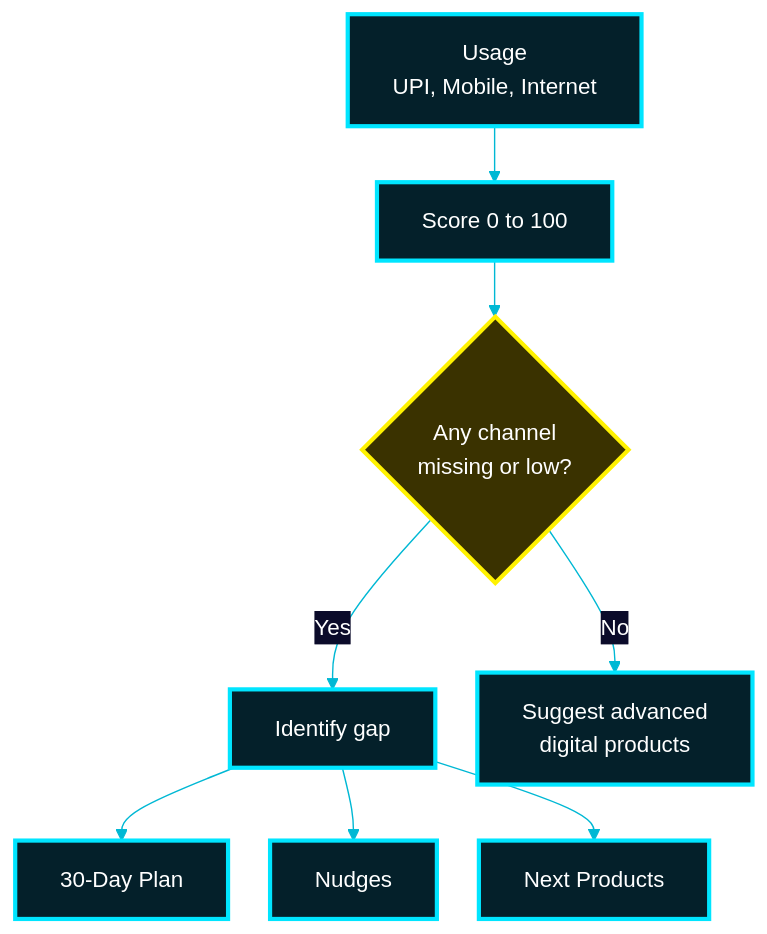
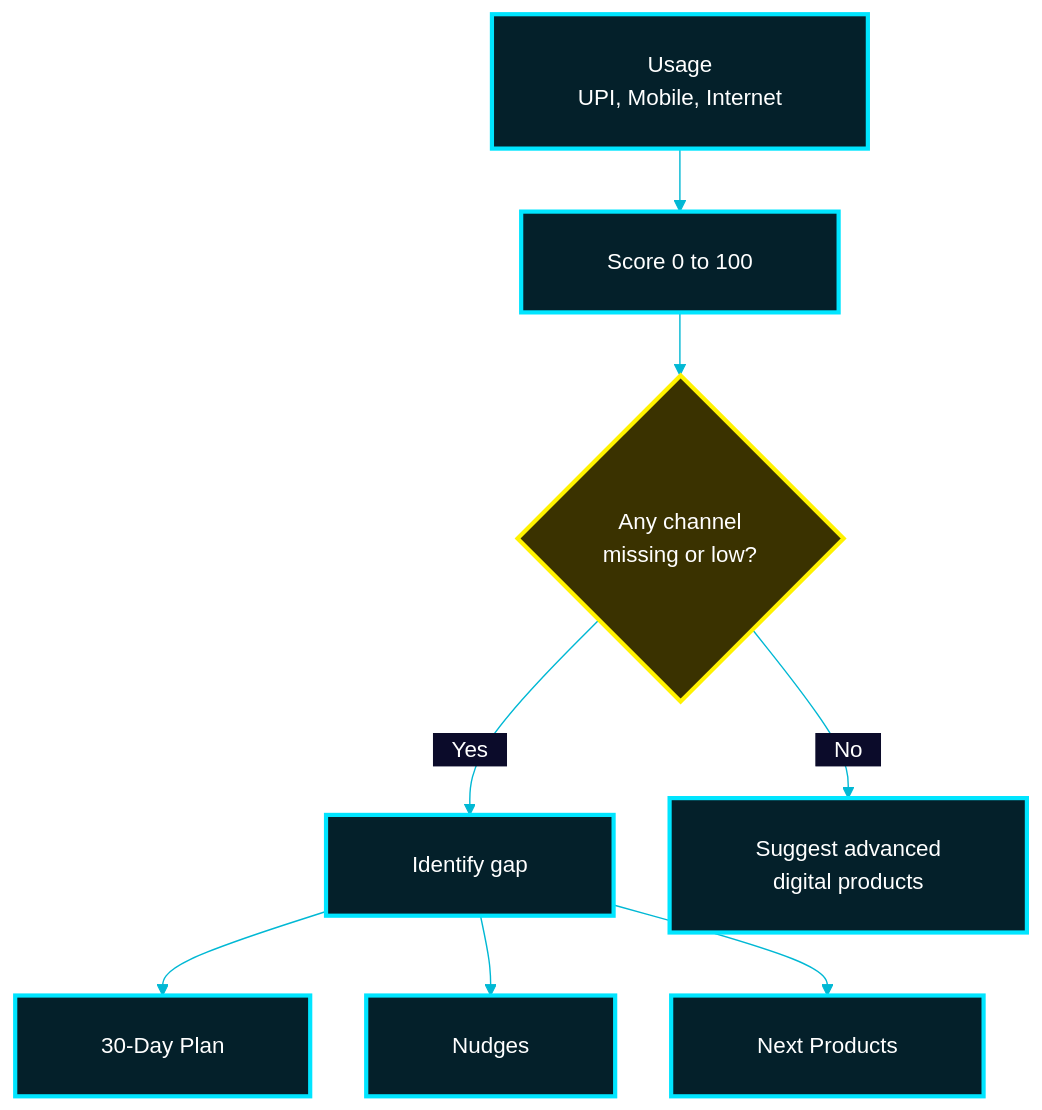
Before and after one commit to Mansi232323/MANSHORA: diagram 12 of 17 in README.md, drawn with Mermaid. The commit also changed other lines of this file, not shown here.

````diff
--- a/README.md
+++ b/README.md
@@ -434,15 +433,15 @@
 ```mermaid
-%%{init: {'theme':'base','themeVariables':{'fontSize':'16px','fontFamily':'Arial, Helvetica, sans-serif','primaryColor':'#0b0b2a','primaryTextColor':'#ffffff','primaryBorderColor':'#b026ff','lineColor':'#00b8d4','textColor':'#ffffff','edgeLabelBackground':'#0b0b2a'},'flowchart':{'htmlLabels':true,'nodeSpacing':30,'rankSpacing':40,'padding':16,'curve':'basis','wrappingWidth':240,'useMaxWidth':true}}}%%
+%%{init: {'theme':'base','themeVariables':{'fontSize':'16px','primaryColor':'#0b0b2a','primaryTextColor':'#ffffff','primaryBorderColor':'#b026ff','lineColor':'#00b8d4','textColor':'#ffffff','edgeLabelBackground':'#0b0b2a'},'flowchart':{'htmlLabels':true,'nodeSpacing':40,'rankSpacing':45,'padding':24,'curve':'basis','wrappingWidth':400,'useMaxWidth':true}}}%%
 flowchart TD
-    U["Usage<br/>UPI, Mobile, Internet"] --> SC["Score 0 to 100"]
-    SC --> D{"Any channel<br/>missing or low?"}
-    D -- "Yes" --> GP["Identify gap"]
-    D -- "No" --> NX["Suggest advanced<br/>digital products"]
-    GP --> P["30-Day Plan"]
-    GP --> N["Nudges"]
-    GP --> X["Next Products"]
+    U["&nbsp;&nbsp;&nbsp;Usage&nbsp;&nbsp;&nbsp;<br/>&nbsp;&nbsp;&nbsp;UPI, Mobile, Internet&nbsp;&nbsp;&nbsp;"] --> SC["&nbsp;&nbsp;&nbsp;Score 0 to 100&nbsp;&nbsp;&nbsp;"]
+    SC --> D{"&nbsp;&nbsp;&nbsp;Any channel&nbsp;&nbsp;&nbsp;<br/>&nbsp;&nbsp;&nbsp;missing or low?&nbsp;&nbsp;&nbsp;"}
+    D -- "&nbsp;&nbsp;&nbsp;Yes&nbsp;&nbsp;&nbsp;" --> GP["&nbsp;&nbsp;&nbsp;Identify gap&nbsp;&nbsp;&nbsp;"]
+    D -- "&nbsp;&nbsp;&nbsp;No&nbsp;&nbsp;&nbsp;" --> NX["&nbsp;&nbsp;&nbsp;Suggest advanced&nbsp;&nbsp;&nbsp;<br/>&nbsp;&nbsp;&nbsp;digital products&nbsp;&nbsp;&nbsp;"]
+    GP --> P["&nbsp;&nbsp;&nbsp;30-Day Plan&nbsp;&nbsp;&nbsp;"]
+    GP --> N["&nbsp;&nbsp;&nbsp;Nudges&nbsp;&nbsp;&nbsp;"]
+    GP --> X["&nbsp;&nbsp;&nbsp;Next Products&nbsp;&nbsp;&nbsp;"]
     classDef a fill:#04202a,stroke:#00e5ff,stroke-width:3px,color:#ffffff
     classDef d fill:#3a3200,stroke:#fff200,stroke-width:3px,color:#ffffff
     class U,SC,GP,NX,P,N,X a
     class D d
 ```
````
